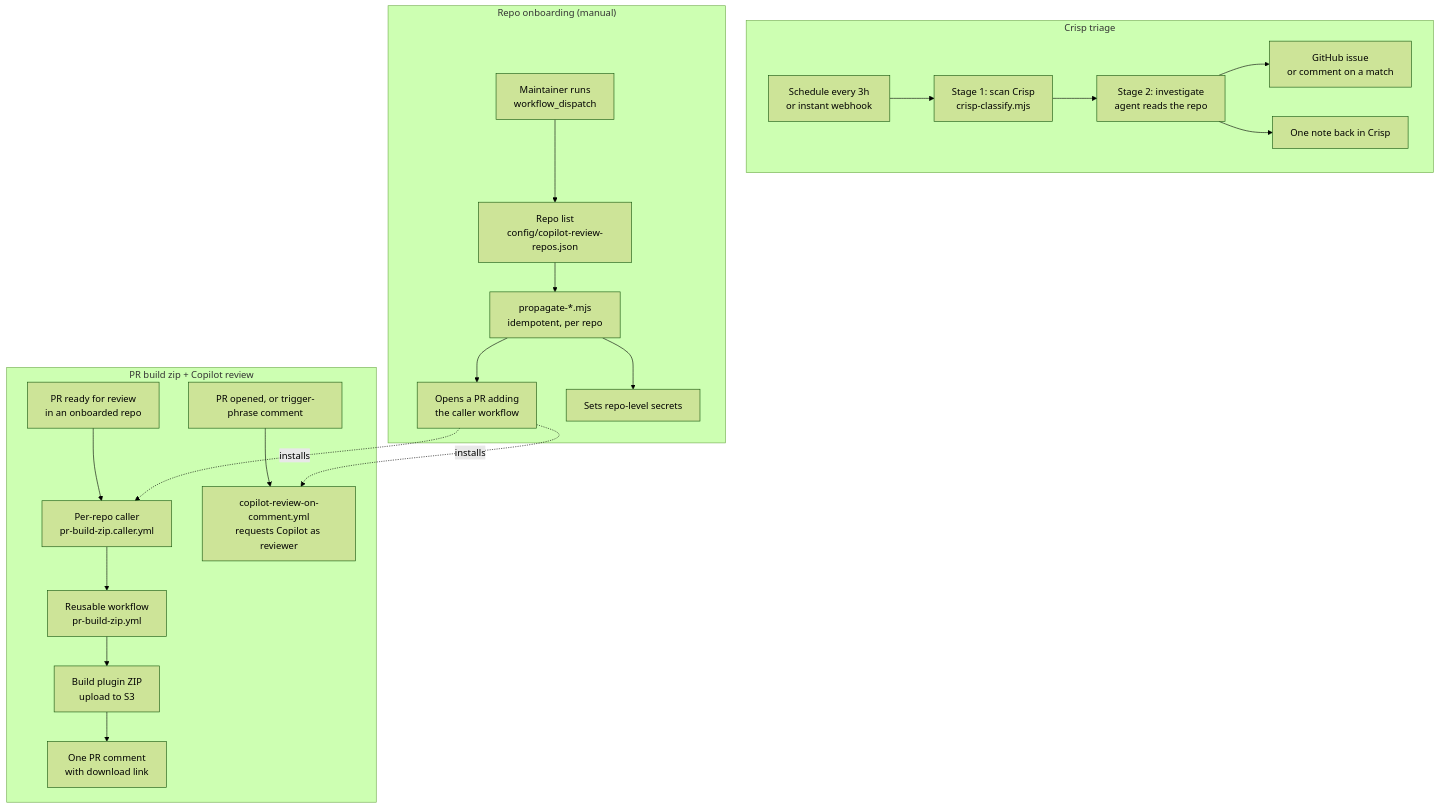
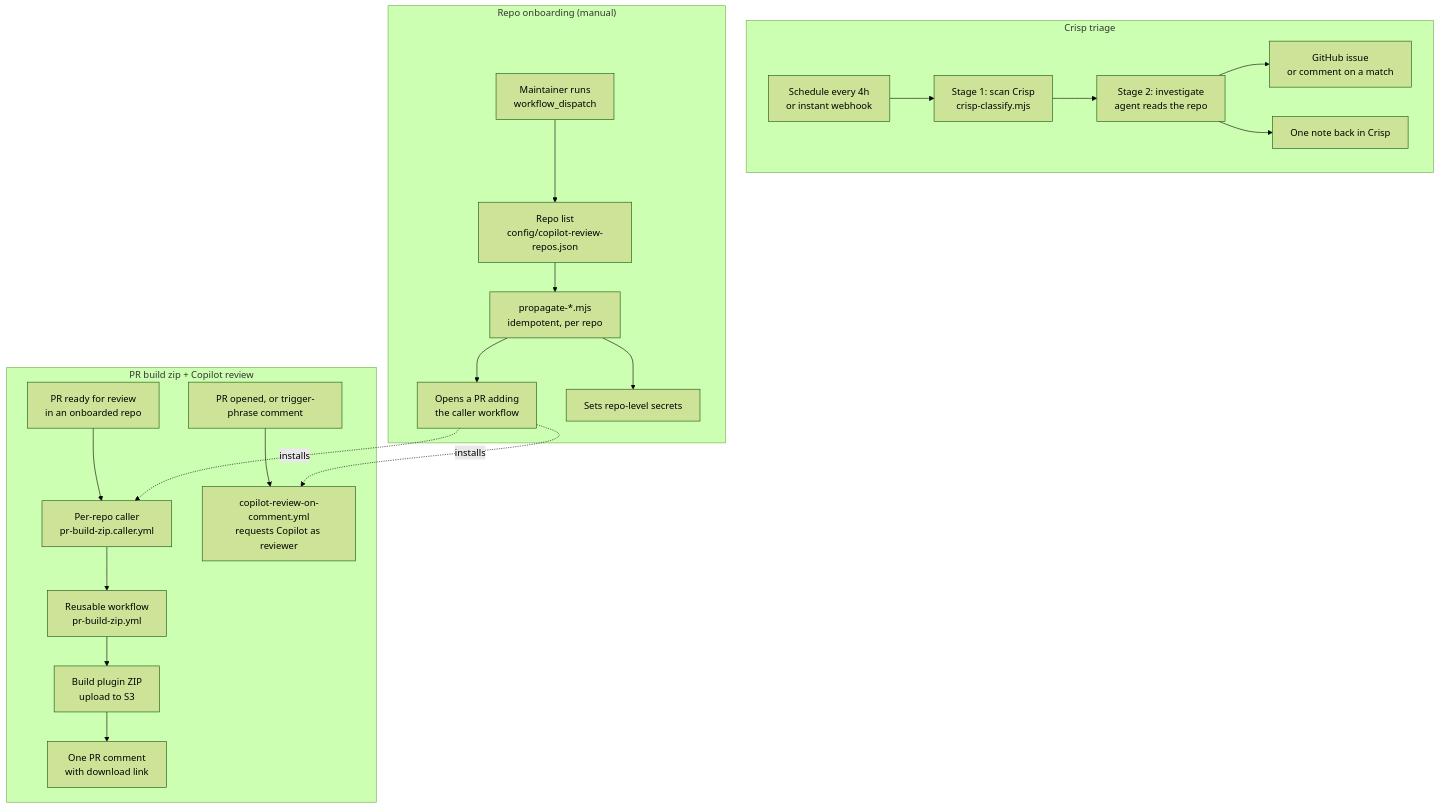
The first of 2 diagrams in ARCHITECTURE.md (themegrill/.github), drawn with Mermaid (forest theme) before and after one commit. The commit also changed 2 other files, not shown here.

Commit message:
chore: run crisp triage every 4h instead of 3h (#106)

````diff
--- a/ARCHITECTURE.md
+++ b/ARCHITECTURE.md
@@ -9,27 +9,27 @@
 ```mermaid
 flowchart TB
   subgraph A["PR build zip + Copilot review"]
     A1[PR ready for review<br/>in an onboarded repo] --> A2[Per-repo caller<br/>pr-build-zip.caller.yml]
     A2 --> A3[Reusable workflow<br/>pr-build-zip.yml]
     A3 --> A4[Build plugin ZIP<br/>upload to S3]
     A4 --> A5[One PR comment<br/>with download link]
     A6[PR opened, or trigger-phrase comment] --> A7[copilot-review-on-comment.yml<br/>requests Copilot as reviewer]
   end
 
   subgraph B["Crisp triage"]
-    B1[Schedule every 3h<br/>or instant webhook] --> B2[Stage 1: scan Crisp<br/>crisp-classify.mjs]
+    B1[Schedule every 4h<br/>or instant webhook] --> B2[Stage 1: scan Crisp<br/>crisp-classify.mjs]
     B2 --> B3[Stage 2: investigate<br/>agent reads the repo]
     B3 --> B4[GitHub issue<br/>or comment on a match]
     B3 --> B5[One note back in Crisp]
   end
 
   subgraph C["Repo onboarding (manual)"]
     C1[Maintainer runs<br/>workflow_dispatch] --> C2[Repo list<br/>config/copilot-review-repos.json]
     C2 --> C3[propagate-*.mjs<br/>idempotent, per repo]
     C3 --> C4[Opens a PR adding<br/>the caller workflow]
     C3 --> C5[Sets repo-level secrets]
   end
 
   C4 -. installs .-> A2
   C4 -. installs .-> A7
 ```
````
